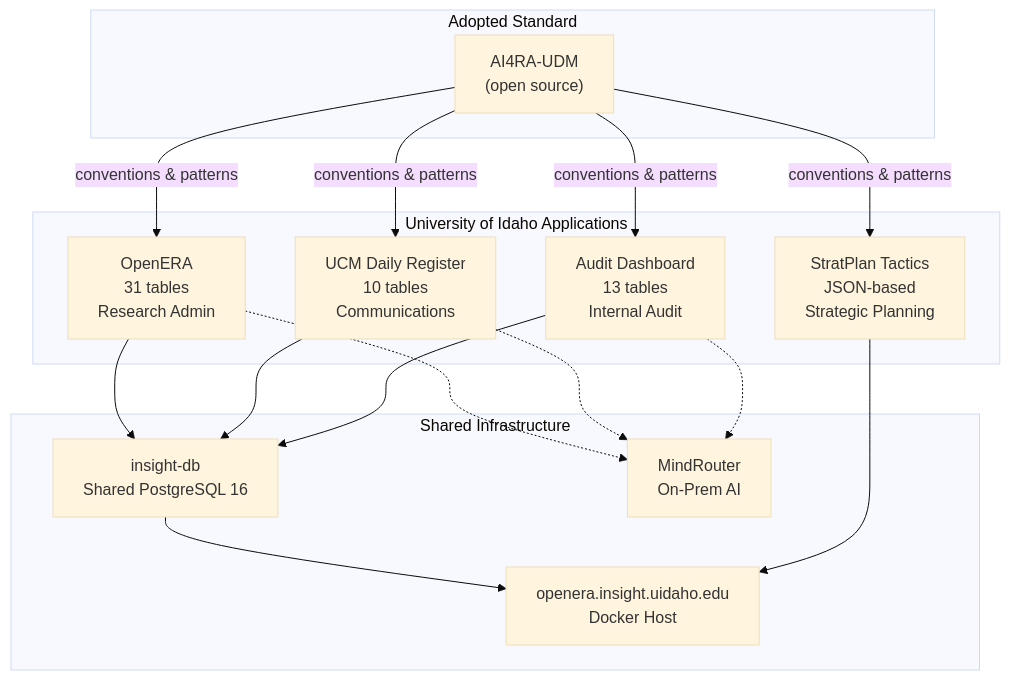
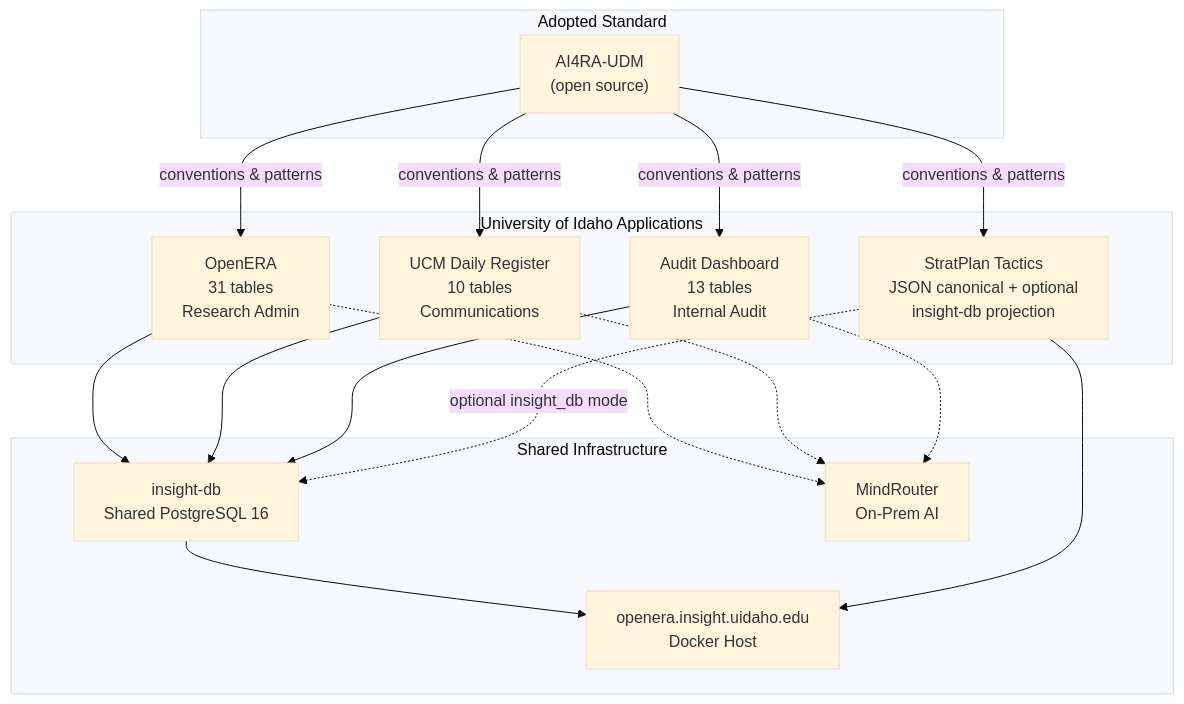
The diagram in docs/index.md (ui-insight/data-governance), drawn with Mermaid (base theme) before and after one commit. The commit also changed other lines of this file and 9 other files, not shown here.

Commit message:
docs: update StratPlan governance model for current runtime and vocab

````diff
--- a/docs/index.md
+++ b/docs/index.md
@@ -35,34 +35,35 @@
 ```mermaid
 graph TB
     subgraph standard["Adopted Standard"]
         UDM["AI4RA-UDM<br/>(open source)"]
     end
 
     subgraph institutional["University of Idaho Applications"]
         OE["OpenERA<br/>31 tables<br/>Research Admin"]
         UCM["UCM Daily Register<br/>10 tables<br/>Communications"]
         AD["Audit Dashboard<br/>13 tables<br/>Internal Audit"]
-        SP["StratPlan Tactics<br/>JSON-based<br/>Strategic Planning"]
+        SP["StratPlan Tactics<br/>JSON canonical + optional<br/>insight-db projection"]
     end
 
     subgraph shared["Shared Infrastructure"]
         DB["insight-db<br/>Shared PostgreSQL 16"]
         MR["MindRouter<br/>On-Prem AI"]
         SRV["openera.insight.uidaho.edu<br/>Docker Host"]
     end
 
     UDM -->|conventions & patterns| OE
     UDM -->|conventions & patterns| UCM
     UDM -->|conventions & patterns| AD
     UDM -->|conventions & patterns| SP
 
     OE --> DB
     UCM --> DB
     AD --> DB
+    SP -. optional insight_db mode .-> DB
     DB --> SRV
     SP --> SRV
 
     OE -.-> MR
     UCM -.-> MR
     AD -.-> MR
 ```
````
